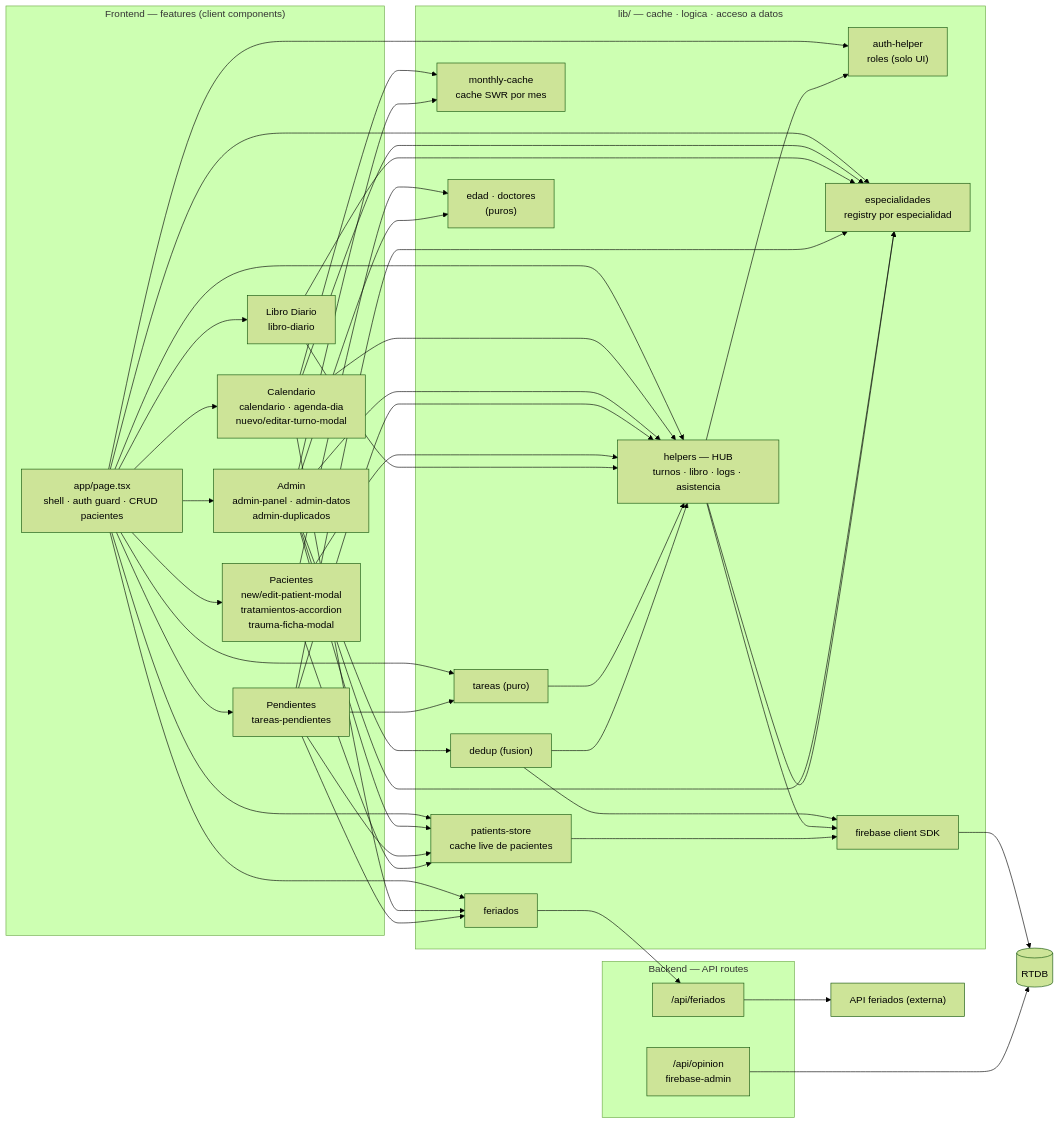
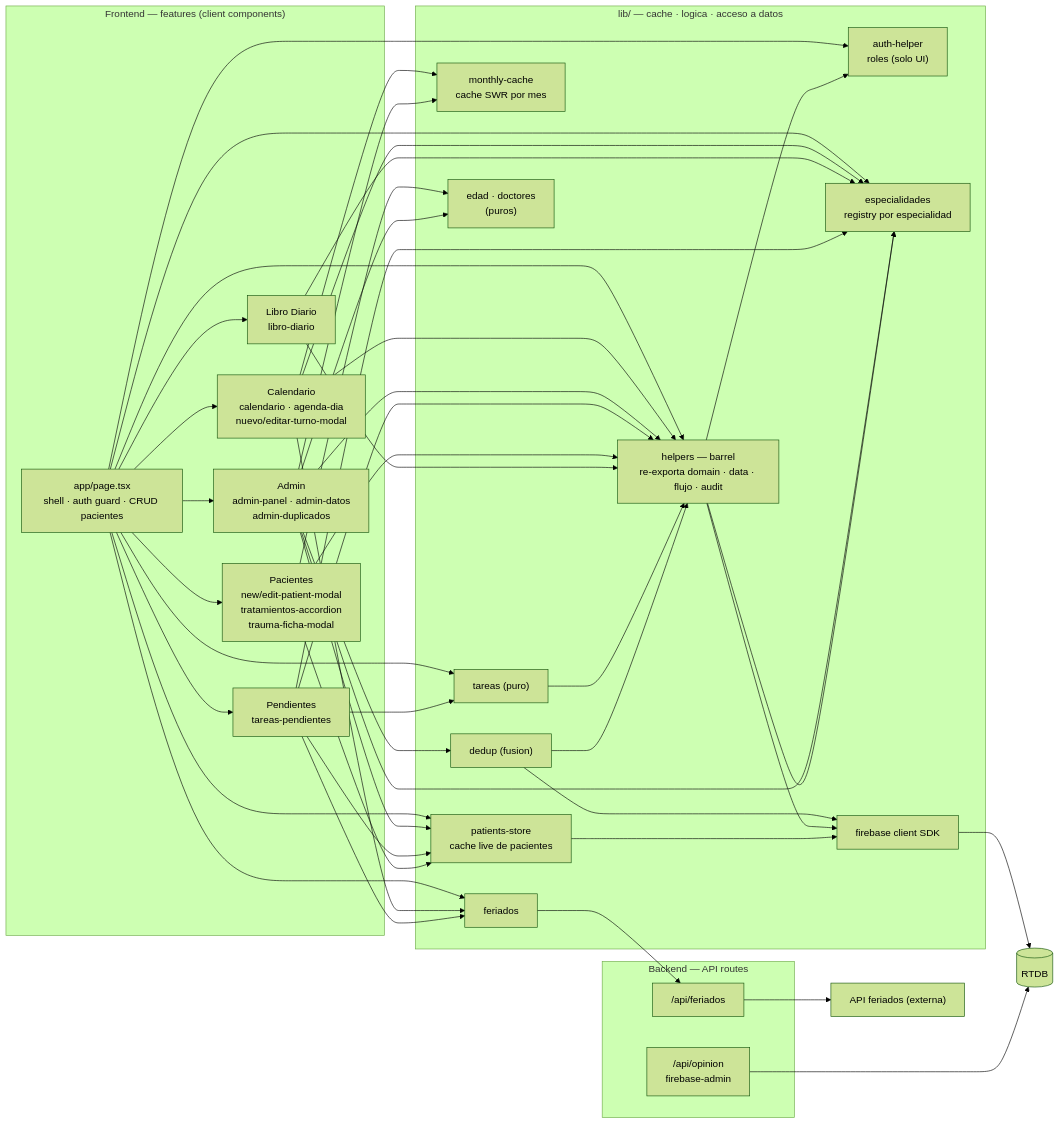
The third of 3 diagrams in docs/architecture.md (joacoz29/crudkinesiologia), drawn with Mermaid (forest theme) before and after one commit. The commit also changed other lines of this file, not shown here.

````diff
--- a/docs/architecture.md
+++ b/docs/architecture.md
@@ -148,50 +148,50 @@
 ```mermaid
 flowchart LR
     subgraph feat["Frontend — features (client components)"]
         shell["app/page.tsx<br/>shell · auth guard · CRUD pacientes"]
         cpac["Pacientes<br/>new/edit-patient-modal<br/>tratamientos-accordion<br/>trauma-ficha-modal"]
         ccal["Calendario<br/>calendario · agenda-dia<br/>nuevo/editar-turno-modal"]
         clib["Libro Diario<br/>libro-diario"]
         cpen["Pendientes<br/>tareas-pendientes"]
         cadm["Admin<br/>admin-panel · admin-datos<br/>admin-duplicados"]
     end
 
     subgraph libl["lib/ — cache · logica · acceso a datos"]
         store["patients-store<br/>cache live de pacientes"]
         mcache["monthly-cache<br/>cache SWR por mes"]
-        helpers["helpers — HUB<br/>turnos · libro · logs · asistencia"]
+        helpers["helpers — barrel<br/>re-exporta domain · data · flujo · audit"]
         tareas["tareas (puro)"]
         dedup["dedup (fusion)"]
         fer["feriados"]
         authh["auth-helper<br/>roles (solo UI)"]
         esp["especialidades<br/>registry por especialidad"]
         puros["edad · doctores<br/>(puros)"]
         fbc["firebase client SDK"]
     end
 
     subgraph back["Backend — API routes"]
         apiop["/api/opinion<br/>firebase-admin"]
         apife["/api/feriados"]
     end
 
     rtdb[("RTDB")]
     ext["API feriados (externa)"]
 
     shell --> cpac & ccal & clib & cpen & cadm
     shell --> store & helpers & tareas & fer & authh
     ccal --> helpers & mcache & fer
     cadm --> helpers & mcache & store & dedup
     cpen --> store & helpers & tareas & fer
     cpac --> helpers & store
     clib --> helpers
     tareas --> helpers
     dedup --> helpers & fbc
     shell & ccal & clib & cpen & cadm --> esp
     cpac & cadm --> puros
     helpers --> fbc & authh & esp
     store --> fbc
     fer --> apife
     fbc --> rtdb
     apiop --> rtdb
     apife --> ext
 ```
````
